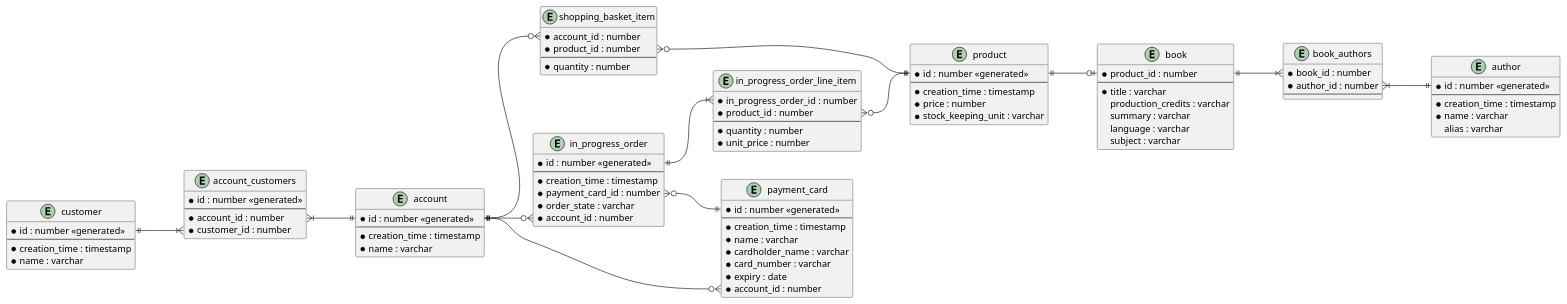
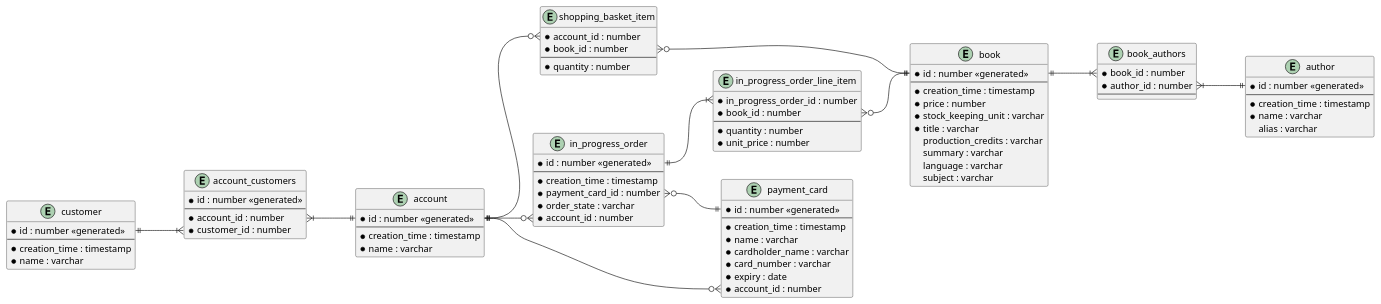
The diagram in docs/design/book_shop_relational_schema_diagram.plantuml (dtmo/bookshop), drawn with PlantUML before and after one commit. The commit also changed 17 other files, not shown here.

```diff
--- a/docs/design/book_shop_relational_schema_diagram.plantuml
+++ b/docs/design/book_shop_relational_schema_diagram.plantuml
@@ -1,106 +1,100 @@
 @startuml
 
 left to right direction
 
 entity customer {
     * id : number <<generated>>
     --
     * creation_time : timestamp
     * name : varchar
 }
 
 entity account {
     * id : number <<generated>>
     --
     * creation_time : timestamp
     * name : varchar
 }
 
 entity account_customers {
     * id : number <<generated>>
     --
     * account_id : number
     * customer_id : number
 }
 
-entity product {
-    * id : number <<generated>>
-    --
-    * creation_time : timestamp
-    * price : number
-    * stock_keeping_unit : varchar
-}
-
 entity shopping_basket_item {
     * account_id : number
-    * product_id : number
+    * book_id : number
     --
     * quantity : number
 }
 
 entity payment_card {
     * id : number <<generated>>
     --
     * creation_time : timestamp
     * name : varchar
     * cardholder_name : varchar
     * card_number : varchar
     * expiry : date
     * account_id : number
 }
 
 entity in_progress_order {
     * id : number <<generated>>
     --
     * creation_time : timestamp
     * payment_card_id : number
     * order_state : varchar
     * account_id : number
 }
 
 entity in_progress_order_line_item {
     * in_progress_order_id : number
-    * product_id : number
+    * book_id : number
     --
     * quantity : number
     * unit_price : number
 }
 
 entity author {
     * id : number <<generated>>
     --
     * creation_time : timestamp
     * name : varchar
     alias : varchar
 }
 
 entity book {
-    * product_id : number
+    * id : number <<generated>>
     --
+    * creation_time : timestamp
+    * price : number
+    * stock_keeping_unit : varchar
     * title : varchar
     production_credits : varchar
     summary : varchar
     language : varchar
     subject : varchar
 }
 
 entity book_authors {
     * book_id : number
     * author_id : number
     --
 }
 
 customer::id ||--|{ account_customers::customer_id
 account_customers::account_id }|--|| account::id
 account::id ||--o{ shopping_basket_item::account_id
-shopping_basket_item::product_id }o--|| product::id
+shopping_basket_item::book_id }o--|| book::id
 account::id ||--o{ payment_card::account_id
 account::id ||--o{ in_progress_order::account_id
 in_progress_order::id ||--|{ in_progress_order_line_item::in_progress_order_id
 in_progress_order::payment_card_id }o--|| payment_card::id
-in_progress_order_line_item::product_id }o--|| product::id
-product::id ||--o| book::product_id
-book::product_id ||--|{ book_authors::book_id
+in_progress_order_line_item::book_id }o--|| book::id
+book::id ||--|{ book_authors::book_id
 book_authors::author_id }|--|| author::id
 
 @enduml
```
